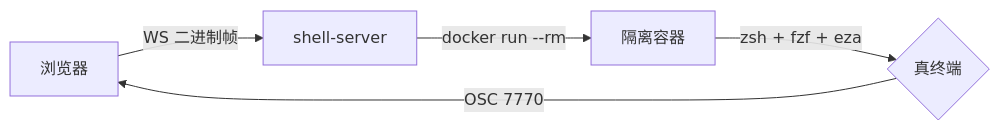
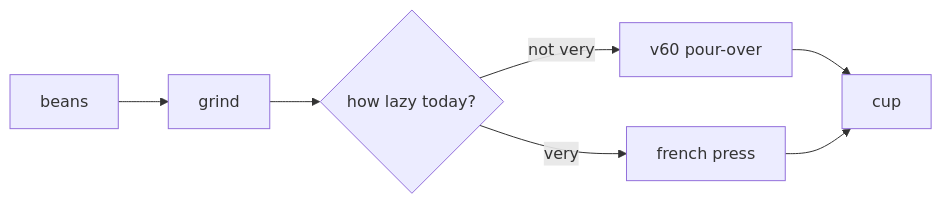
One commit to AtaraxiaEpiphany/homepage changed the first of 2 diagrams in content/charts.md. Above: the diagram before and after it, drawn with Mermaid. The commit also changed other lines of this file and 1 other file, not shown here.

````diff
--- a/content/charts.md
+++ b/content/charts.md
@@ -5,7 +8,9 @@
 ```mermaid
 flowchart LR
-  A[浏览器] -->|WS 二进制帧| B[shell-server]
-  B -->|docker run --rm| C[隔离容器]
-  C -->|zsh + fzf + eza| D{真终端}
-  D -->|OSC 7770| A
+  A[beans] --> B[grind]
+  B --> C{how lazy today?}
+  C -->|not very| D[v60 pour-over]
+  C -->|very| E[french press]
+  D --> F[cup]
+  E --> F
 ```
````
